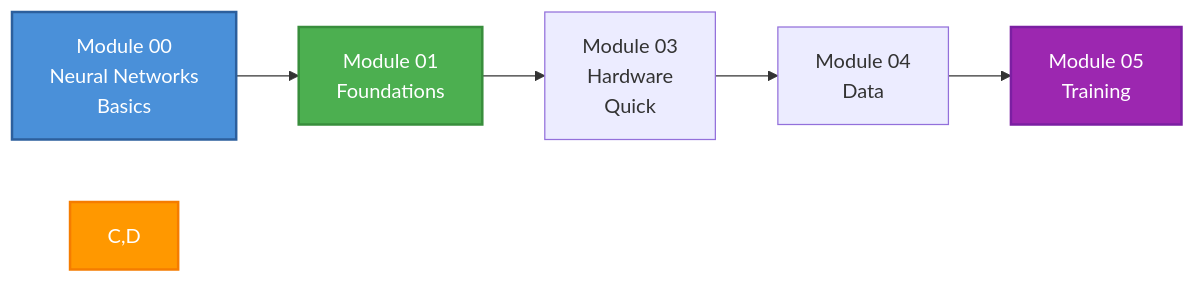
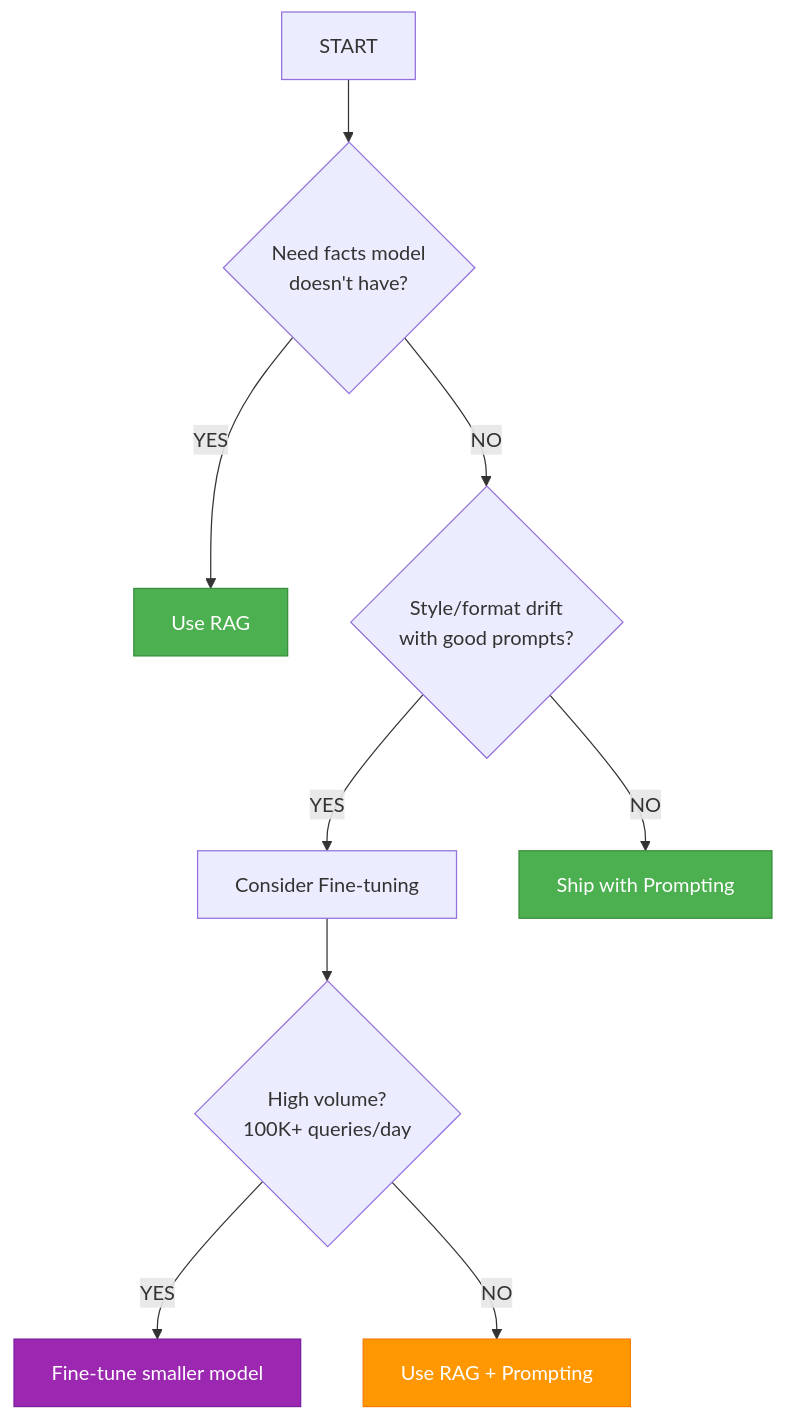
One commit to Parv17k/llm-fine-tuning-guide changed the second of 2 diagrams in README.md. Above: the diagram before and after it, drawn with Mermaid. The commit also changed other lines of this file and 2 other files, not shown here.

````diff
--- a/README.md
+++ b/README.md
@@ -59,12 +201,16 @@
 ```mermaid
-graph LR
-    A[Module 00<br>Neural Networks<br>Basics] --> B[Module 01<br>Foundations]
-    B --> C[Module 03<br>Hardware<br>Quick]
-    C --> D[Module 04<br>Data]
-    D --> E[Module 05<br>Training]
-
-    style A fill:#4a90d9,stroke:#2c5f9d,color:#ffffff,stroke-width:2px
-    style B fill:#4caf50,stroke:#388e3c,color:#ffffff,stroke-width:2px
-    style C,D fill:#ff9800,stroke:#f57c00,color:#ffffff,stroke-width:2px
-    style E fill:#9c27b0,stroke:#7b1fa2,color:#ffffff,stroke-width:2px
+flowchart TD
+    A[START] --> B{Need facts model<br/>doesn't have?}
+    B -->|YES| C[Use RAG]
+    B -->|NO| D{Style/format drift<br/>with good prompts?}
+    D -->|YES| E[Consider Fine-tuning]
+    D -->|NO| F[Ship with Prompting]
+    E --> G{High volume?<br/>100K+ queries/day}
+    G -->|YES| H[Fine-tune smaller model]
+    G -->|NO| I[Use RAG + Prompting]
+    
+    style C fill:#4caf50,stroke:#388e3c,color:#ffffff
+    style F fill:#4caf50,stroke:#388e3c,color:#ffffff
+    style H fill:#9c27b0,stroke:#7b1fa2,color:#ffffff
+    style I fill:#ff9800,stroke:#f57c00,color:#ffffff
 ```
````
